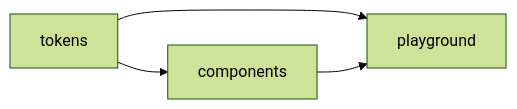
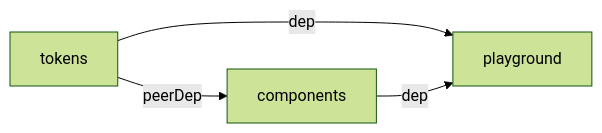
Before and after one commit to roman-martini/design-system: the second of 2 diagrams in docs/architecture/README.md, drawn with Mermaid (forest theme). The commit also changed other lines of this file and 2 other files, not shown here.

First line of the commit message:
docs(architecture): expandir README maestro + agregar PLAYBOOK portable

````diff
--- a/docs/architecture/README.md
+++ b/docs/architecture/README.md
@@ -62,6 +117,6 @@
 ```mermaid
 flowchart LR
-    tokens --> components
-    tokens --> playground
-    components --> playground
+    tokens -- peerDep --> components
+    tokens -- dep --> playground
+    components -- dep --> playground
 ```
````
